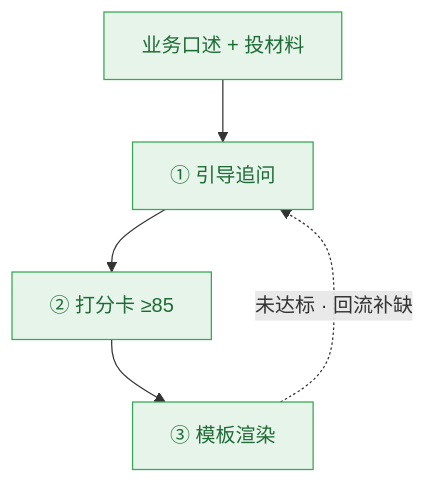
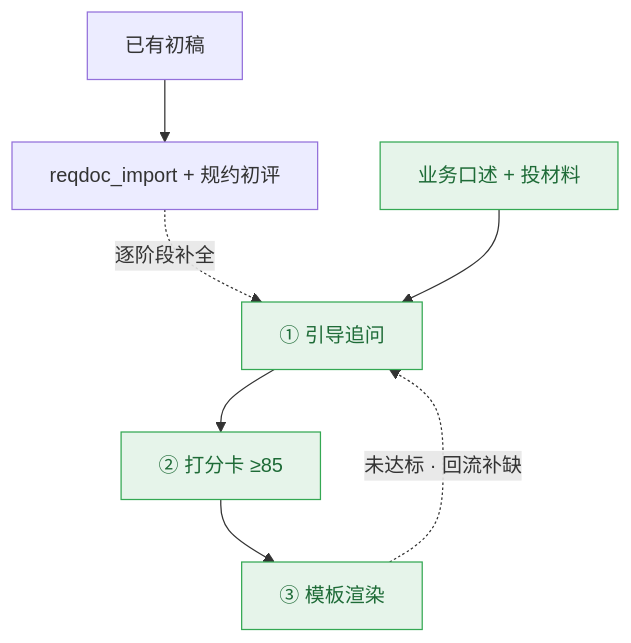
Before and after one commit to wonglaitung/opencode: the second of 2 diagrams in opencode-session-mgmt/docs/leadership-brief-reqdoc.md, drawn with Mermaid. The commit also changed other lines of this file, not shown here.

First line of the commit message:
docs(reqdoc): 管理层 brief 同步初稿导入入口与定稿双门禁图

````diff
--- a/opencode-session-mgmt/docs/leadership-brief-reqdoc.md
+++ b/opencode-session-mgmt/docs/leadership-brief-reqdoc.md
@@ -44,9 +46,11 @@
 ```mermaid
 graph TD
+    IMP["已有初稿"] --> IMP2["reqdoc_import + 规约初评"]
+    IMP2 -. 逐阶段补全 .-> Q
     I[业务口述 + 投材料] --> Q[① 引导追问]
     Q --> S[② 打分卡 ≥85]
     S --> T[③ 模板渲染]
     T -. 未达标 · 回流补缺 .-> Q
     classDef fly fill:#e6f4ea,stroke:#34a853,color:#1e6b37;
     class I,Q,S,T fly;
 ```
````
